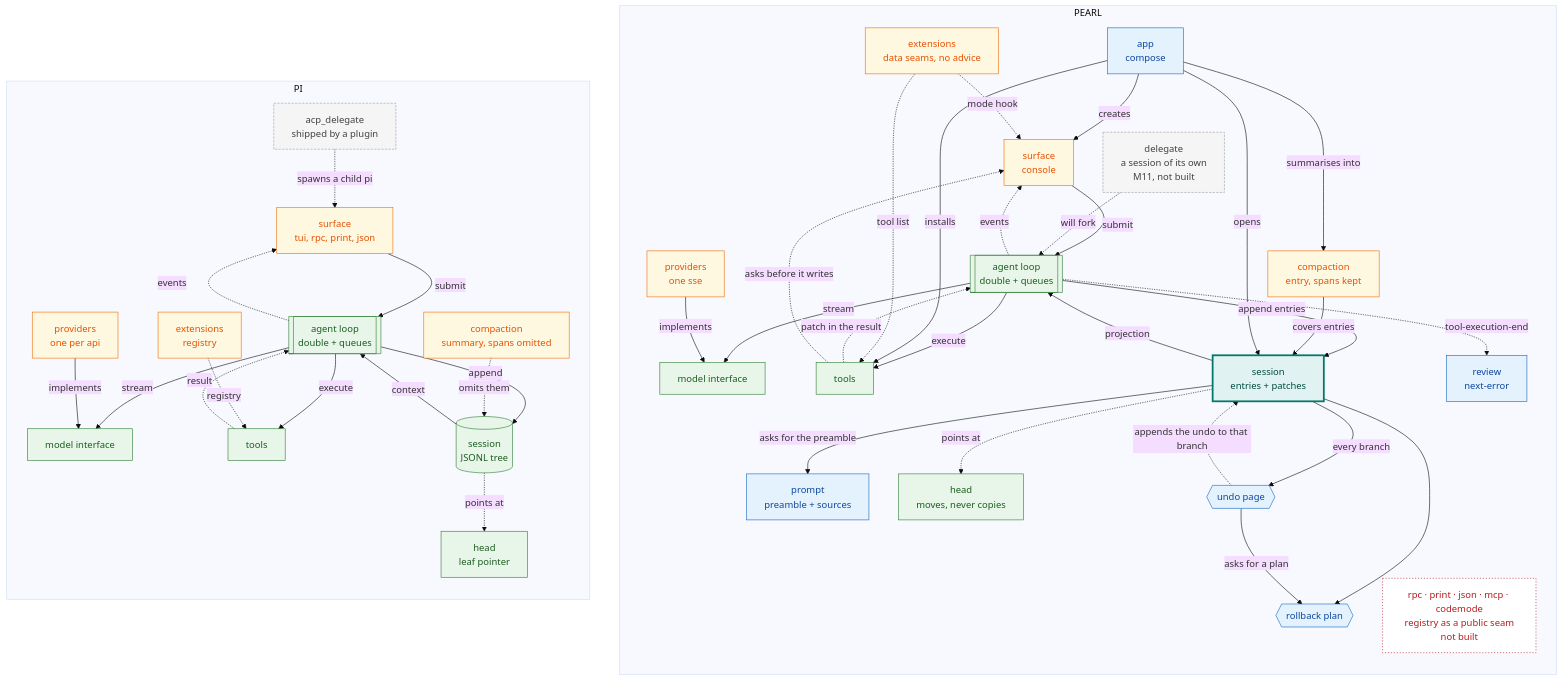
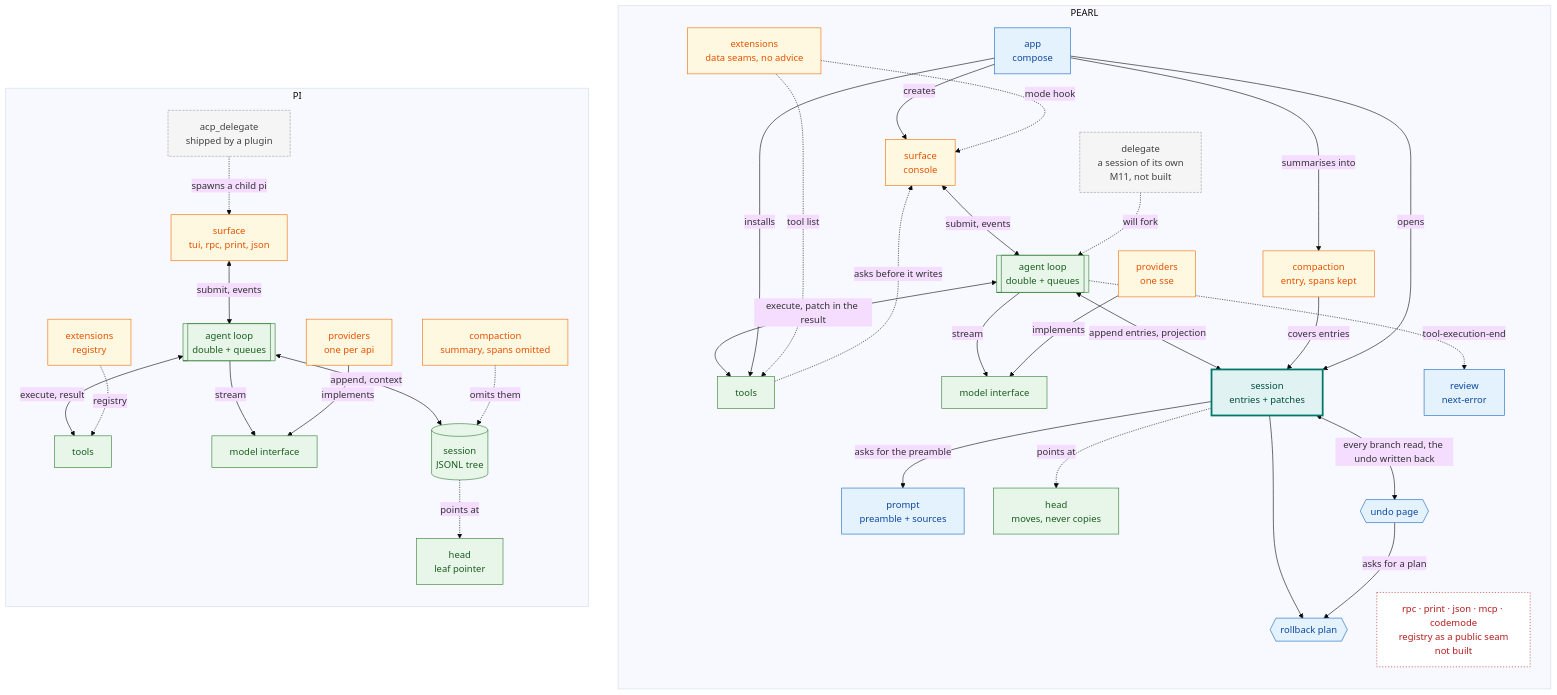
The diagram in README.md (OverbearingPearl/pearl), drawn with Mermaid (base theme) before and after one commit. The commit also changed other lines of this file and 2 other files, not shown here.

First line of the commit message:
Render the figure, then fix what the render and the code disagreed on

````diff
--- a/README.md
+++ b/README.md
@@ -114,61 +114,54 @@
 ```mermaid
 flowchart TB
   subgraph R["PEARL"]
     direction TB
-    r_surf["surface<br/>console"] -->|submit| r_loop[["agent loop<br/>double + queues"]]
-    r_loop -.->|events| r_surf
+    r_surf["surface<br/>console"] <-->|submit, events| r_loop[["agent loop<br/>double + queues"]]
+    r_loop <-->|execute, patch in the result| r_tools["tools"]
     r_loop -->|stream| r_model["model interface"]
-    r_loop -->|execute| r_tools["tools"]
-    r_tools -.->|patch in the result| r_loop
+    r_loop <-->|append entries, projection| r_sess["session<br/>entries + patches"]
     r_tools -.->|asks before it writes| r_surf
-    r_loop -->|append entries| r_sess["session<br/>entries + patches"]
     r_loop -.->|tool-execution-end| r_review["review<br/>next-error"]
-    r_sess -->|projection| r_loop
     r_sess -->|asks for the preamble| r_prompt["prompt<br/>preamble + sources"]
     r_sess -.->|points at| r_leaf["head<br/>moves, never copies"]
     r_sess --> r_plan{{"rollback plan"}}
-    r_sess -->|every branch| r_time{{"undo page"}}
+    r_sess <-->|every branch read, the undo written back| r_time{{"undo page"}}
     r_time -->|asks for a plan| r_plan
-    r_time -.->|appends the undo to that branch| r_sess
     r_compact["compaction<br/>entry, spans kept"] -->|covers entries| r_sess
     r_app["app<br/>compose"] -->|creates| r_surf
     r_app -->|opens| r_sess
     r_app -->|installs| r_tools
     r_app -->|summarises into| r_compact
     r_ext["extensions<br/>data seams, no advice"] -.->|tool list| r_tools
     r_ext -.->|mode hook| r_surf
     r_prov["providers<br/>one sse"] -->|implements| r_model
     r_delegate["delegate<br/>a session of its own<br/>M11, not built"] -.->|will fork| r_loop
     r_dropped["rpc · print · json · mcp · codemode<br/>registry as a public seam<br/>not built"]
   end
   subgraph L["PI"]
     direction TB
-    l_surf["surface<br/>tui, rpc, print, json"] -->|submit| l_loop[["agent loop<br/>double + queues"]]
-    l_loop -.->|events| l_surf
+    l_surf["surface<br/>tui, rpc, print, json"] <-->|submit, events| l_loop[["agent loop<br/>double + queues"]]
+    l_loop <-->|execute, result| l_tools["tools"]
     l_loop -->|stream| l_model["model interface"]
-    l_loop -->|execute| l_tools["tools"]
-    l_tools -.->|result| l_loop
-    l_loop -->|append| l_sess[("session<br/>JSONL tree")]
-    l_sess -->|context| l_loop
+    l_loop <-->|append, context| l_sess[("session<br/>JSONL tree")]
     l_sess -.->|points at| l_leaf["head<br/>leaf pointer"]
     l_compact["compaction<br/>summary, spans omitted"] -.->|omits them| l_sess
     l_ext["extensions<br/>registry"] -.->|registry| l_tools
     l_prov["providers<br/>one per api"] -->|implements| l_model
     l_delegate["acp_delegate<br/>shipped by a plugin"] -.->|spawns a child pi| l_surf
   end
   classDef keep fill:#e8f5e9,stroke:#2e7d32,color:#1b5e20
   classDef moved fill:#e0f2f1,stroke:#00796b,color:#004d40,stroke-width:3px
   classDef added fill:#e3f2fd,stroke:#1565c0,color:#0d47a1
   classDef changed fill:#fff8e1,stroke:#ef6c00,color:#e65100
   classDef planned fill:#f5f5f5,stroke:#9e9e9e,color:#424242,stroke-dasharray:4 2
   classDef removed fill:#ffffff,stroke:#b71c1c,color:#b71c1c,stroke-dasharray:2 3
   class l_loop,l_model,l_tools,l_sess,l_leaf,r_loop,r_model,r_tools,r_leaf keep
   class l_surf,l_ext,l_prov changed
   class r_surf,r_ext,r_prov changed
   class l_compact,r_compact changed
   class r_app added
   class r_sess moved
   class r_plan,r_time,r_review,r_prompt added
   class l_delegate,r_delegate planned
   class r_dropped removed
 ```
````
